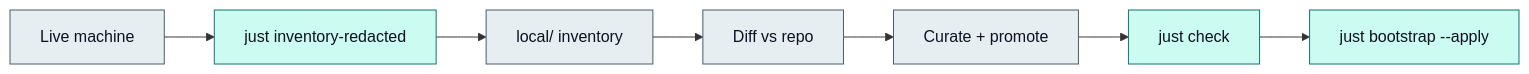
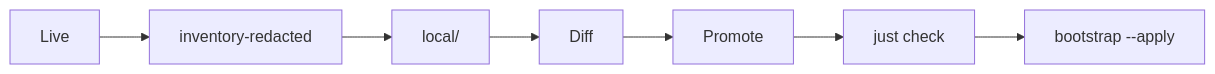
Before and after one commit to wyattowalsh/dotfiles: the diagram in docs/content/docs/ssot-workflow.mdx, drawn with Mermaid. The commit also changed other lines of this file and 22 other files, not shown here.

````diff
--- a/docs/content/docs/ssot-workflow.mdx
+++ b/docs/content/docs/ssot-workflow.mdx
@@ -10,14 +8,9 @@
 ```mermaid
 flowchart LR
-  A[Live machine] --> B["just inventory-redacted"]
-  B --> C["local/ inventory"]
-  C --> D[Diff vs repo]
-  D --> E[Curate + promote]
+  A[Live] --> B["inventory-redacted"]
+  B --> C["local/"]
+  C --> D[Diff]
+  D --> E[Promote]
   E --> F["just check"]
-  F --> G["just bootstrap --apply"]
-
-  classDef signal fill:#ccfbf1,stroke:#0f766e,color:#0b1220
-  classDef mute fill:#e6eef2,stroke:#4a5d6a,color:#0b1220
-  class B,F,G signal
-  class A,C,D,E mute
+  F --> G["bootstrap --apply"]
 ```
````
